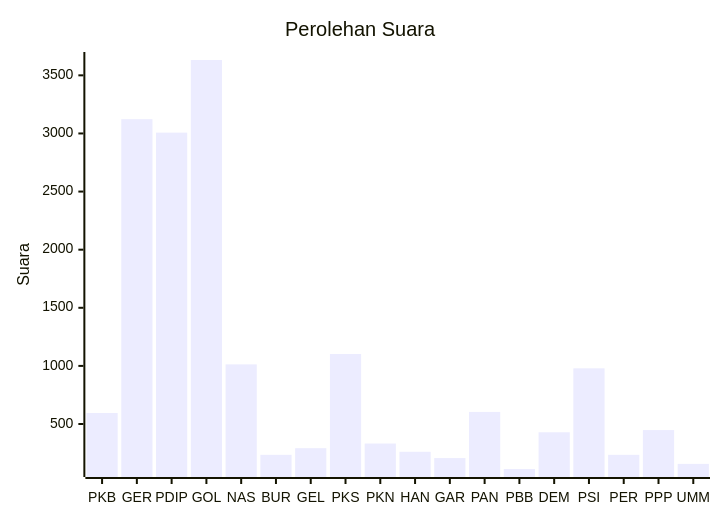
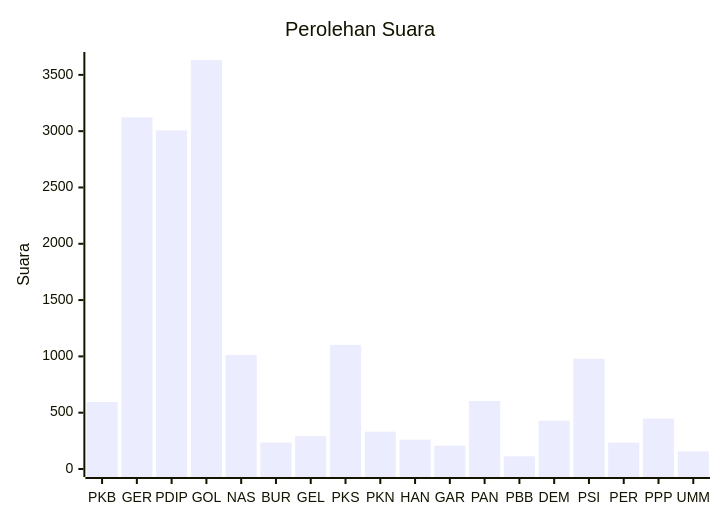
Before and after one commit to gigit-pemilu/pemilu-2024: the diagram in pileg-dpr/hitung-suara/sub/table-wilayah-94.md, drawn with Mermaid. The commit also changed 57 other files, not shown here.

````diff
--- a/pileg-dpr/hitung-suara/sub/table-wilayah-94.md
+++ b/pileg-dpr/hitung-suara/sub/table-wilayah-94.md
@@ -7,7 +7,7 @@
 ```mermaid
 xychart-beta
     title "Perolehan Suara"
     x-axis [PKB, GER, PDIP, GOL, NAS, BUR, GEL, PKS, PKN, HAN, GAR, PAN, PBB, DEM, PSI, PER, PPP, UMM]
-    y-axis "Suara"
+    y-axis "Suara" 0 --> 3632
     bar [595, 3123, 3007, 3632, 1013, 235, 292, 1102, 332, 261, 207, 604, 113, 429, 979, 235, 448, 157]
 ```
````
